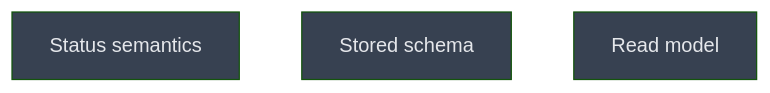
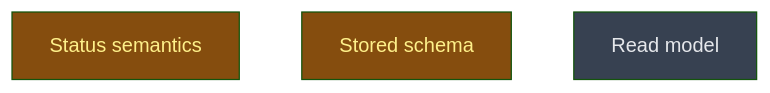
Before and after one commit to CrackingShells/cracking-shells-playbook: the diagram in __roadmap__/m0b-domain-model-spec/README.md, drawn with Mermaid (forest theme). The commit also changed other lines of this file, not shown here.

Commit message:
chore(roadmap): start the m0b specification level

````diff
--- a/__roadmap__/m0b-domain-model-spec/README.md
+++ b/__roadmap__/m0b-domain-model-spec/README.md
@@ -49,11 +49,11 @@
 ```mermaid
 graph TD
-    status_semantics[Status semantics]:::planned
-    stored_schema[Stored schema]:::planned
+    status_semantics[Status semantics]:::inprogress
+    stored_schema[Stored schema]:::inprogress
     read[Read model]:::planned
     classDef done       fill:#166534,color:#bbf7d0
     classDef inprogress fill:#854d0e,color:#fef08a
     classDef planned    fill:#374151,color:#e5e7eb
     classDef amendment  fill:#1e3a5f,color:#bfdbfe
     classDef blocked    fill:#7f1d1d,color:#fecaca
 ```
````
